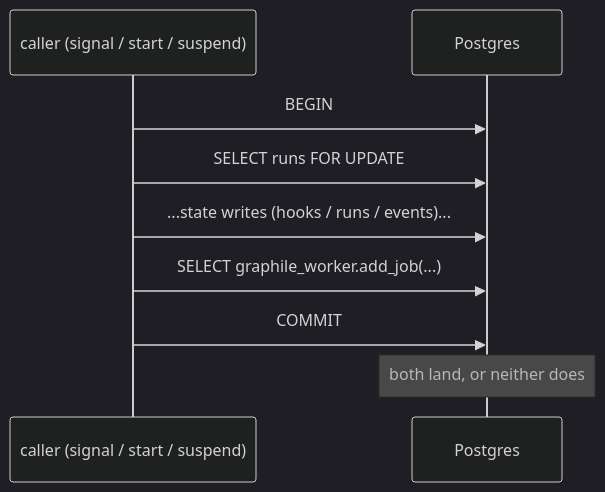
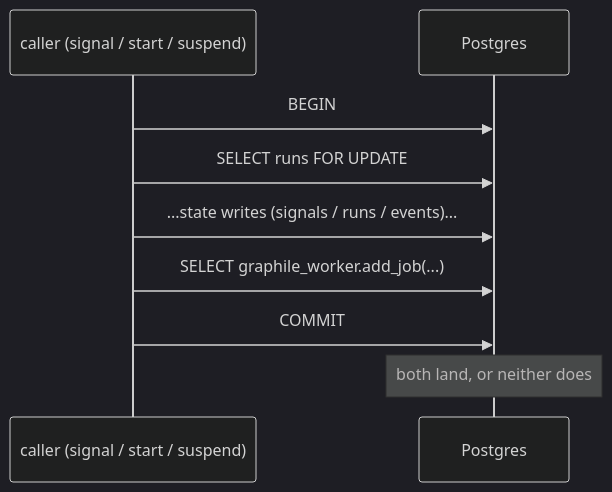
The third of 5 diagrams in docs/guide.md (ahmedrowaihi/iterativeflow), drawn with Mermaid (dark theme) before and after one commit. The commit also changed other lines of this file and 19 other files, not shown here.

````diff
--- a/docs/guide.md
+++ b/docs/guide.md
@@ -144,11 +155,11 @@
 ```mermaid
 sequenceDiagram
   participant C as caller (signal / start / suspend)
   participant PG as Postgres
   C->>PG: BEGIN
   C->>PG: SELECT runs FOR UPDATE
-  C->>PG: ...state writes (hooks / runs / events)...
+  C->>PG: ...state writes (signals / runs / events)...
   C->>PG: SELECT graphile_worker.add_job(...)
   C->>PG: COMMIT
   Note over PG: both land, or neither does
 ```
````
